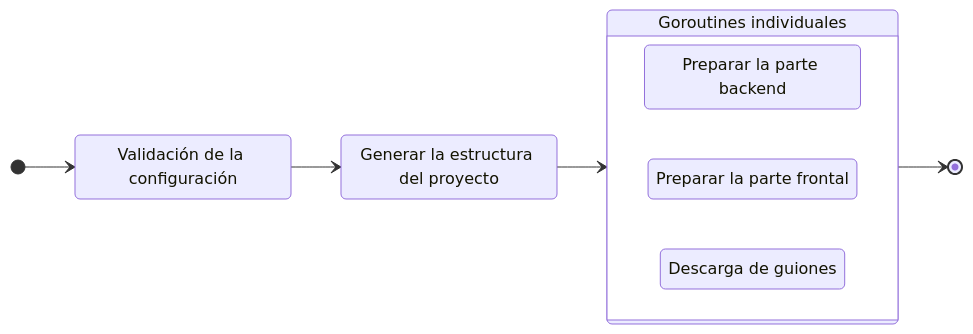
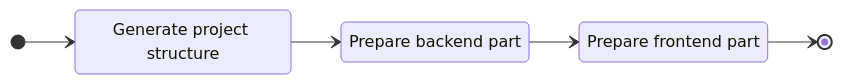
One commit to gowebly/docs changed the diagram in docs/es/complete-user-guide/create-new-project.md. Above: the diagram before and after it, drawn with Mermaid. The commit also changed other lines of this file and 39 other files, not shown here.

````diff
--- a/docs/es/complete-user-guide/create-new-project.md
+++ b/docs/es/complete-user-guide/create-new-project.md
@@ -47,20 +118,11 @@
 ```mermaid
 stateDiagram-v2
-    Validation: Validación de la configuración
-    Structure: Generar la estructura del proyecto
-    Backend: Preparar la parte backend
-    Frontend: Preparar la parte frontal
-    Downloading: Descarga de guiones
-    Goroutines: Goroutines individuales
+    Structure: Generate project structure
+    Backend: Prepare backend part
+    Frontend: Prepare frontend part
     direction LR
-    [*] --> Validation
-    Validation --> Structure
-    Structure --> Goroutines
-    state Goroutines {
-        direction LR
-        Backend
-        Frontend
-        Downloading
-    }
-    Goroutines --> [*]
+    [*] --> Structure
+    Structure --> Backend
+    Backend --> Frontend
+    Frontend --> [*]
 ```
````
